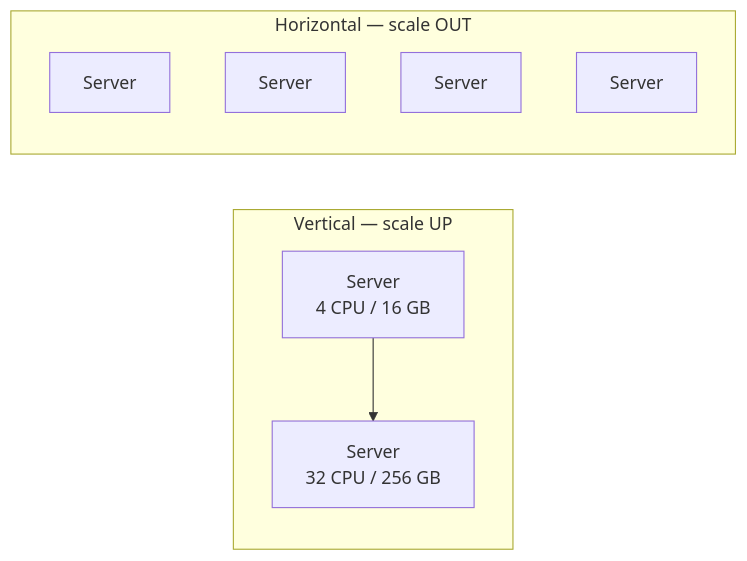
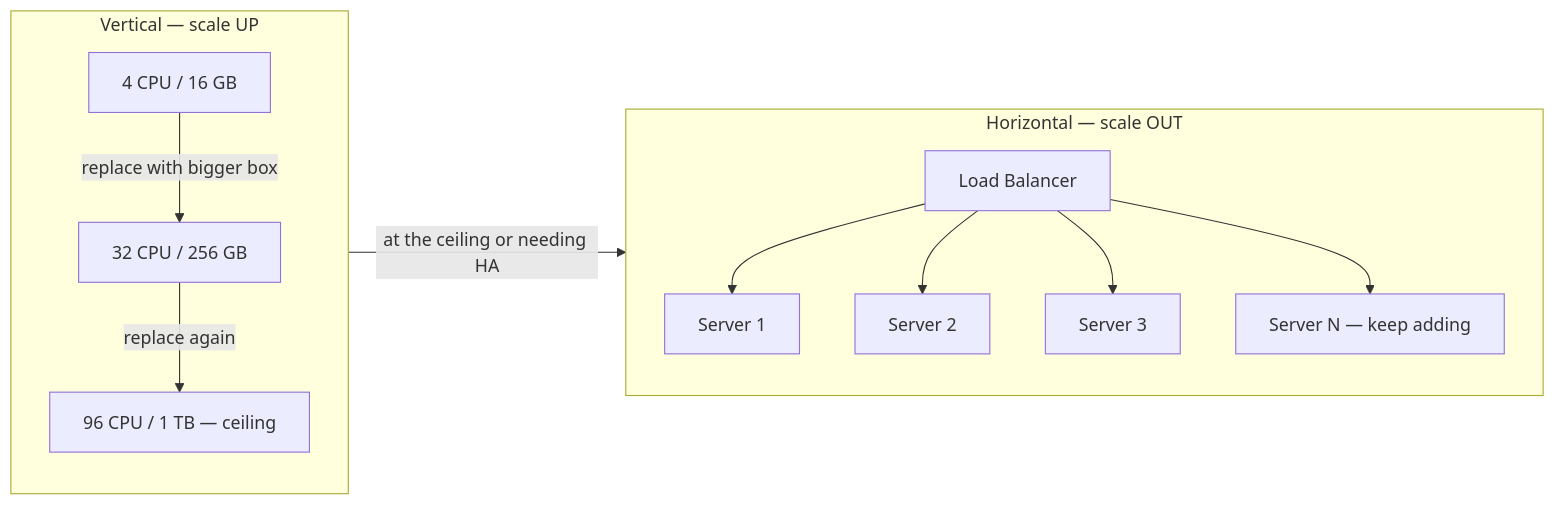
One commit to mohammad-mriesh-job/cortex changed the diagram in src/modules/system-design/content/02-scalability/01-vertical-vs-horizontal.md. Above: the diagram before and after it, drawn with Mermaid. The commit also changed other lines of this file and 257 other files, not shown here.

````diff
--- a/src/modules/system-design/content/02-scalability/01-vertical-vs-horizontal.md
+++ b/src/modules/system-design/content/02-scalability/01-vertical-vs-horizontal.md
@@ -17,14 +17,16 @@
 ```mermaid
 flowchart LR
   subgraph V["Vertical — scale UP"]
     direction TB
-    S1["Server<br/>4 CPU / 16 GB"] --> S2["Server<br/>32 CPU / 256 GB"]
+    S1["4 CPU / 16 GB"] -->|"replace with bigger box"| S2["32 CPU / 256 GB"]
+    S2 -->|"replace again"| S3["96 CPU / 1 TB — ceiling"]
   end
   subgraph H["Horizontal — scale OUT"]
     direction TB
-    H1["Server"]
-    H2["Server"]
-    H3["Server"]
-    H4["Server"]
+    LB[Load Balancer] --> H1[Server 1]
+    LB --> H2[Server 2]
+    LB --> H3[Server 3]
+    LB --> HN["Server N — keep adding"]
   end
+  V -->|"at the ceiling or needing HA"| H
 ```
````
